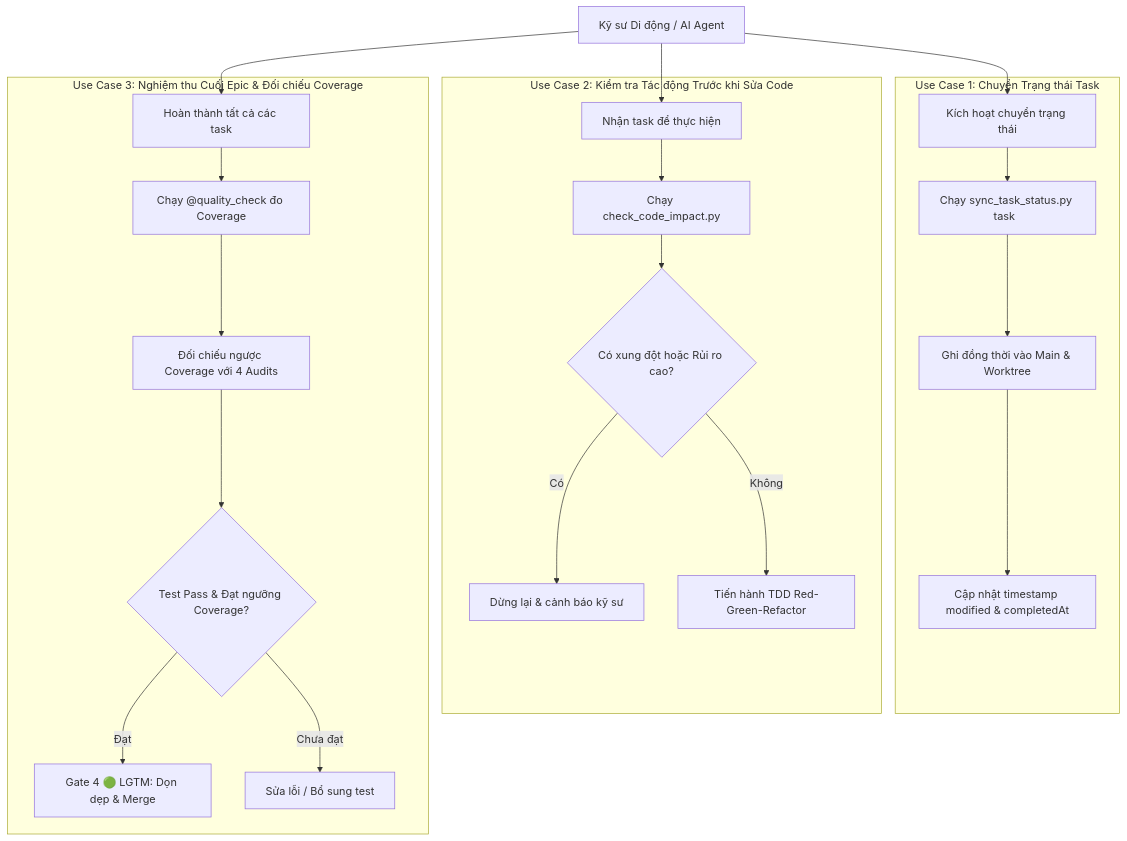
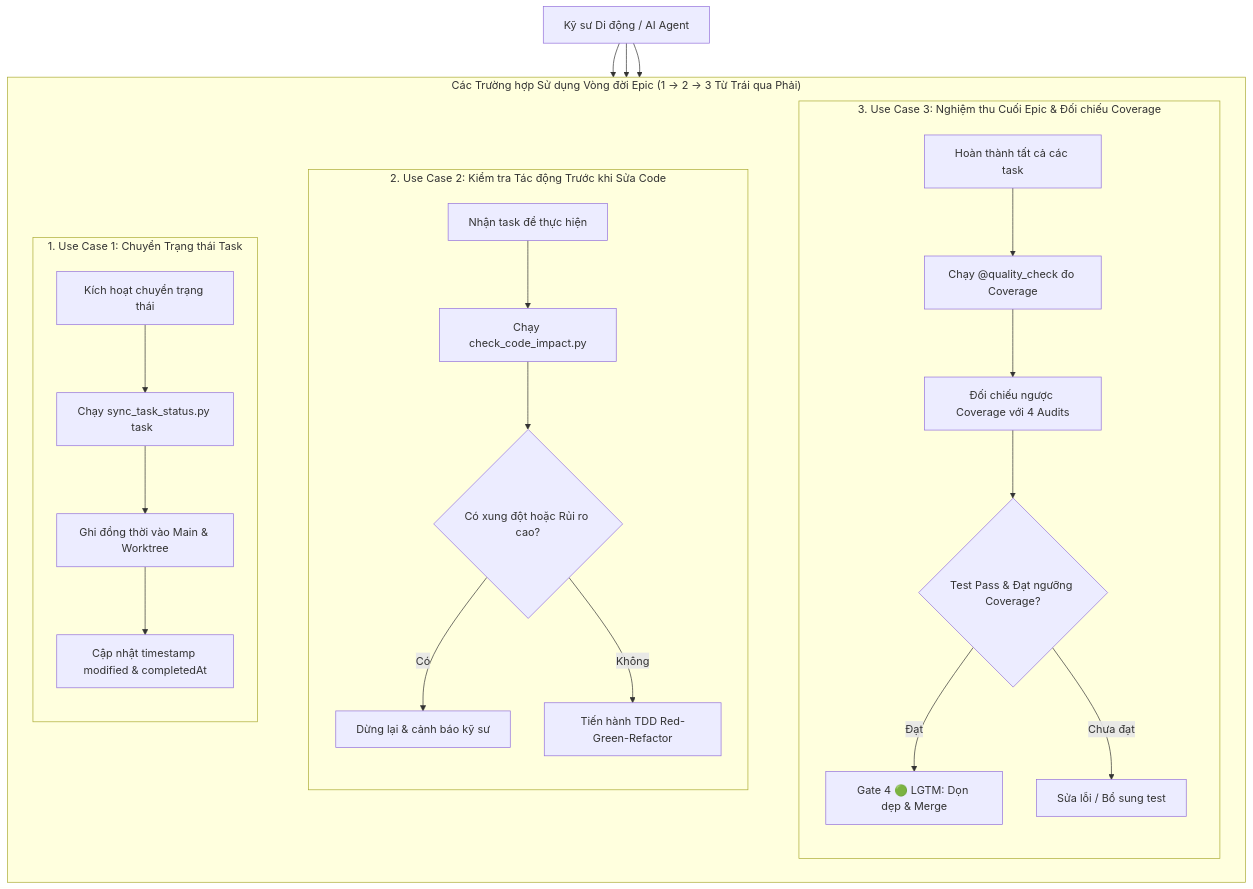
The second of 7 diagrams in .devtool/epic/kanban_sync_impact_analysis/kanban_sync_impact_analysis.vi.md (DanhDue/ai-agent-tools), drawn with Mermaid before and after one commit. The commit also changed other lines of this file and 1 other file, not shown here.

Commit message:
[EPIC_DESIGNER] Lay out Impact Engine layers and Use Cases horizontally
- Set direction LR on Impact Engine (Layer 1 -> 2 -> 3 -> 4)
- Place Use Cases 1 -> 2 -> 3 horizontally from left to right

````diff
--- a/.devtool/epic/kanban_sync_impact_analysis/kanban_sync_impact_analysis.vi.md
+++ b/.devtool/epic/kanban_sync_impact_analysis/kanban_sync_impact_analysis.vi.md
@@ -83,39 +81,37 @@
 ```mermaid
-flowchart TD
+flowchart TB
     ACTOR["Kỹ sư Di động / AI Agent"]
     
-    subgraph UC1["Use Case 1: Chuyển Trạng thái Task"]
-        UC1_START["Kích hoạt chuyển trạng thái"]
-        UC1_EXEC["Chạy sync_task_status.py task <id> <status>"]
-        UC1_FANOUT["Ghi đồng thời vào Main & Worktree"]
-        UC1_TIME["Cập nhật timestamp modified & completedAt"]
-        UC1_START --> UC1_EXEC --> UC1_FANOUT --> UC1_TIME
-    end
+    subgraph USE_CASES["Các Trường hợp Sử dụng Vòng đời Epic (1 -> 2 -> 3 Từ Trái qua Phải)"]
+        direction LR
+        subgraph UC1["1. Use Case 1: Chuyển Trạng thái Task"]
+            direction TB
+            UC1_START["Kích hoạt chuyển trạng thái"] --> UC1_EXEC["Chạy sync_task_status.py task <id> <status>"]
+            UC1_EXEC --> UC1_FANOUT["Ghi đồng thời vào Main & Worktree"]
+            UC1_FANOUT --> UC1_TIME["Cập nhật timestamp modified & completedAt"]
+        end
 
-    subgraph UC2["Use Case 2: Kiểm tra Tác động Trước khi Sửa Code"]
-        UC2_START["Nhận task để thực hiện"]
-        UC2_CHECK["Chạy check_code_impact.py"]
-        UC2_VERIFY{"Có xung đột hoặc Rủi ro cao?"}
-        UC2_HALT["Dừng lại & cảnh báo kỹ sư"]
-        UC2_CONT["Tiến hành TDD Red-Green-Refactor"]
-        UC2_START --> UC2_CHECK --> UC2_VERIFY
-        UC2_VERIFY -->|Có| UC2_HALT
-        UC2_VERIFY -->|Không| UC2_CONT
-    end
+        subgraph UC2["2. Use Case 2: Kiểm tra Tác động Trước khi Sửa Code"]
+            direction TB
+            UC2_START["Nhận task để thực hiện"] --> UC2_CHECK["Chạy check_code_impact.py"]
+            UC2_CHECK --> UC2_VERIFY{"Có xung đột hoặc Rủi ro cao?"}
+            UC2_VERIFY -->|Có| UC2_HALT["Dừng lại & cảnh báo kỹ sư"]
+            UC2_VERIFY -->|Không| UC2_CONT["Tiến hành TDD Red-Green-Refactor"]
+        end
 
-    subgraph UC3["Use Case 3: Nghiệm thu Cuối Epic & Đối chiếu Coverage"]
-        UC3_START["Hoàn thành tất cả các task"]
-        UC3_RUN["Chạy @quality_check đo Coverage"]
-        UC3_REVERSE["Đối chiếu ngược Coverage với 4 Audits"]
-        UC3_GATE{"Test Pass & Đạt ngưỡng Coverage?"}
-        UC3_MERGE["Gate 4 🟢 LGTM: Dọn dẹp & Merge"]
-        UC3_FAIL["Sửa lỗi / Bổ sung test"]
-        UC3_START --> UC3_RUN --> UC3_REVERSE --> UC3_GATE
-        UC3_GATE -->|Đạt| UC3_MERGE
-        UC3_GATE -->|Chưa đạt| UC3_FAIL
+        subgraph UC3["3. Use Case 3: Nghiệm thu Cuối Epic & Đối chiếu Coverage"]
+            direction TB
+            UC3_START["Hoàn thành tất cả các task"] --> UC3_RUN["Chạy @quality_check đo Coverage"]
+            UC3_RUN --> UC3_REVERSE["Đối chiếu ngược Coverage với 4 Audits"]
+            UC3_REVERSE --> UC3_GATE{"Test Pass & Đạt ngưỡng Coverage?"}
+            UC3_GATE -->|Đạt| UC3_MERGE["Gate 4 🟢 LGTM: Dọn dẹp & Merge"]
+            UC3_GATE -->|Chưa đạt| UC3_FAIL["Sửa lỗi / Bổ sung test"]
+        end
+
+        UC1 ~~~ UC2 ~~~ UC3
     end
 
     ACTOR --> UC1_START
     ACTOR --> UC2_START
     ACTOR --> UC3_START
 ```
````
